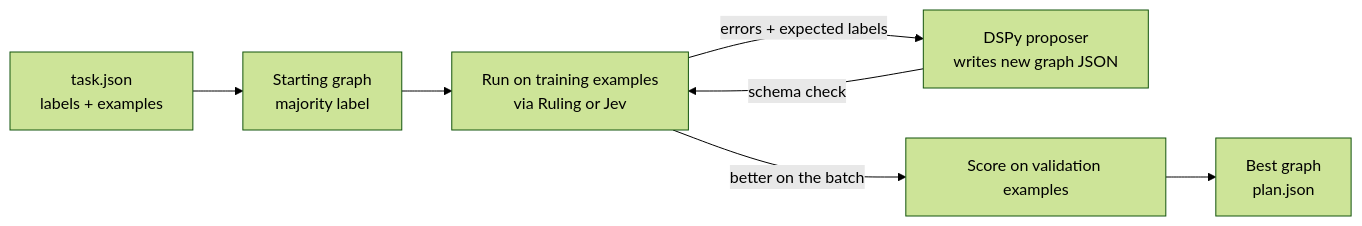
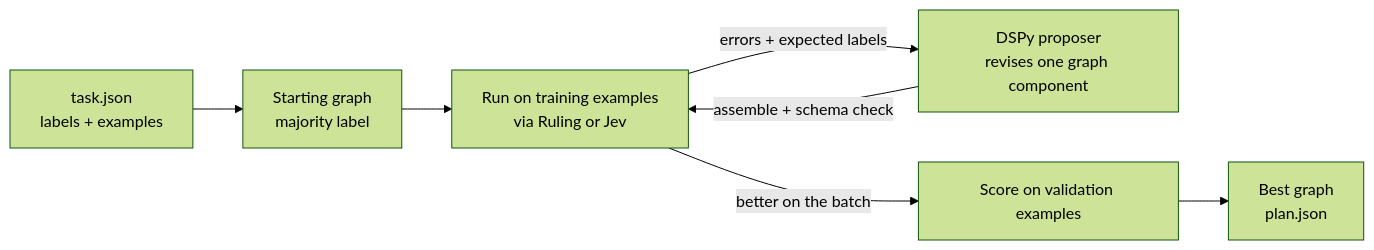
One commit to MCERQUA/rulesmith changed the second of 3 diagrams in README.md. Above: the diagram before and after it, drawn with Mermaid (forest theme). The commit also changed other lines of this file and 6 other files, not shown here.

````diff
--- a/README.md
+++ b/README.md
@@ -128,9 +156,9 @@
 ```mermaid
 flowchart LR
   T["task.json<br/>labels + examples"] --> S["Starting graph<br/>majority label"]
   S --> E["Run on training examples<br/>via Ruling or Jev"]
-  E -->|"errors + expected labels"| P["DSPy proposer<br/>writes new graph JSON"]
-  P -->|"schema check"| E
+  E -->|"errors + expected labels"| P["DSPy proposer<br/>revises one graph component"]
+  P -->|"assemble + schema check"| E
   E -->|"better on the batch"| V["Score on validation examples"]
   V --> B["Best graph<br/>plan.json"]
 ```
````
